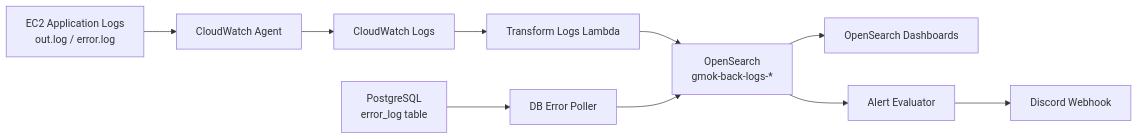
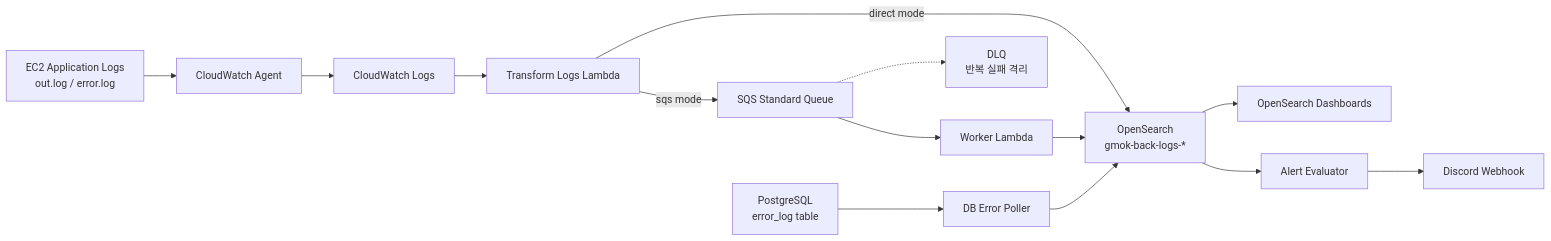
One commit to bbungjun/data-pipeline changed the diagram in README.md. Above: the diagram before and after it, drawn with Mermaid. The commit also changed other lines of this file, not shown here.

Commit message:
Document SQS DLQ retry pipeline

````diff
--- a/README.md
+++ b/README.md
@@ -41,14 +42,18 @@
 ```mermaid
 flowchart LR
     A["EC2 Application Logs<br/>out.log / error.log"] --> B["CloudWatch Agent"]
     B --> C["CloudWatch Logs"]
     C --> D["Transform Logs Lambda"]
-    D --> E["OpenSearch<br/>gmok-back-logs-*"]
+    D -->|direct mode| E["OpenSearch<br/>gmok-back-logs-*"]
+    D -->|sqs mode| K["SQS Standard Queue"]
+    K --> L["Worker Lambda"]
+    L --> E
+    K -.-> M["DLQ<br/>반복 실패 격리"]
     E --> F["OpenSearch Dashboards"]
 
     G["PostgreSQL<br/>error_log table"] --> H["DB Error Poller"]
     H --> E
 
     E --> I["Alert Evaluator"]
     I --> J["Discord Webhook"]
 ```
````
